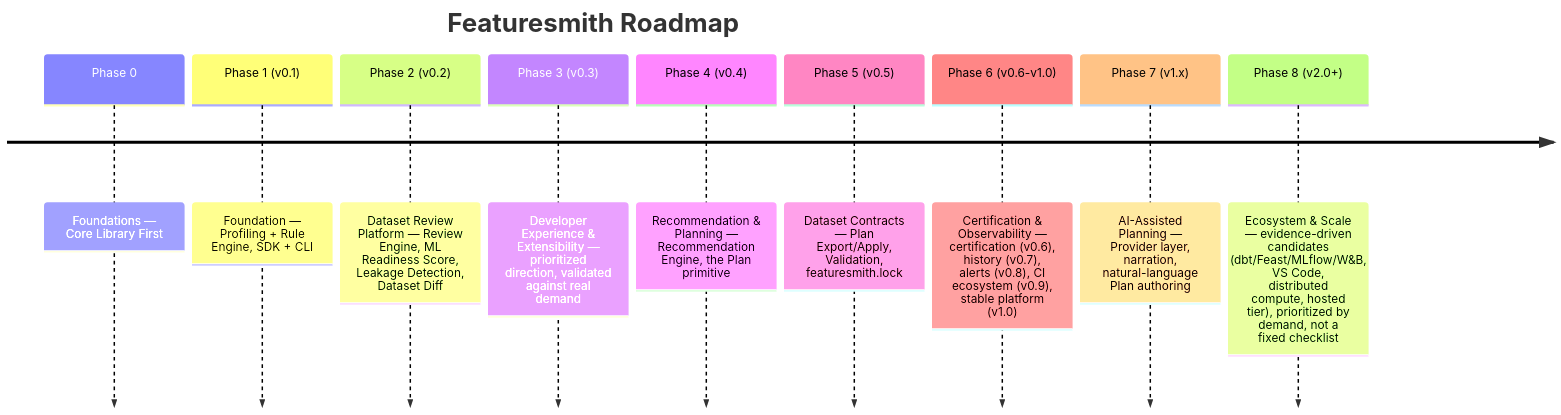
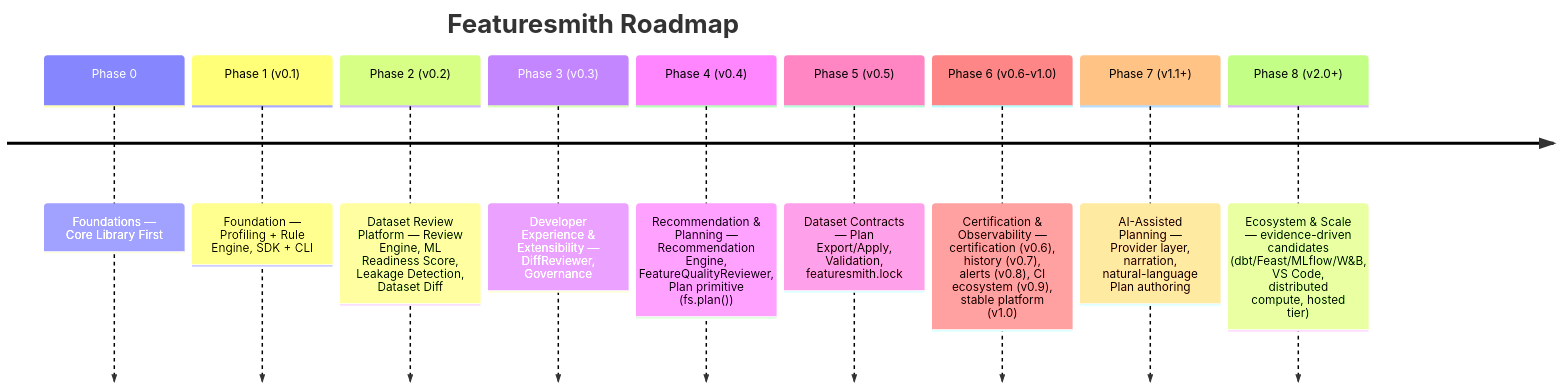
One commit to adityagangwani30/FeatureSmith changed the diagram in docs/Phases.md. Above: the diagram before and after it, drawn with Mermaid. The commit also changed other lines of this file and 20 other files, not shown here.

````diff
--- a/docs/Phases.md
+++ b/docs/Phases.md
@@ -3,13 +3,13 @@
 ```mermaid
 timeline
     title Featuresmith Roadmap
     Phase 0 : Foundations — Core Library First
     Phase 1 (v0.1) : Foundation — Profiling + Rule Engine, SDK + CLI
     Phase 2 (v0.2) : Dataset Review Platform — Review Engine, ML Readiness Score, Leakage Detection, Dataset Diff
-    Phase 3 (v0.3) : Developer Experience & Extensibility — prioritized direction, validated against real demand
-    Phase 4 (v0.4) : Recommendation & Planning — Recommendation Engine, the Plan primitive
+    Phase 3 (v0.3) : Developer Experience & Extensibility — DiffReviewer, Governance
+    Phase 4 (v0.4) : Recommendation & Planning — Recommendation Engine, FeatureQualityReviewer, Plan primitive (fs.plan())
     Phase 5 (v0.5) : Dataset Contracts — Plan Export/Apply, Validation, featuresmith.lock
     Phase 6 (v0.6-v1.0) : Certification & Observability — certification (v0.6), history (v0.7), alerts (v0.8), CI ecosystem (v0.9), stable platform (v1.0)
-    Phase 7 (v1.x) : AI-Assisted Planning — Provider layer, narration, natural-language Plan authoring
-    Phase 8 (v2.0+) : Ecosystem & Scale — evidence-driven candidates (dbt/Feast/MLflow/W&B, VS Code, distributed compute, hosted tier), prioritized by demand, not a fixed checklist
+    Phase 7 (v1.1+) : AI-Assisted Planning — Provider layer, narration, natural-language Plan authoring
+    Phase 8 (v2.0+) : Ecosystem & Scale — evidence-driven candidates (dbt/Feast/MLflow/W&B, VS Code, distributed compute, hosted tier)
 ```
````
